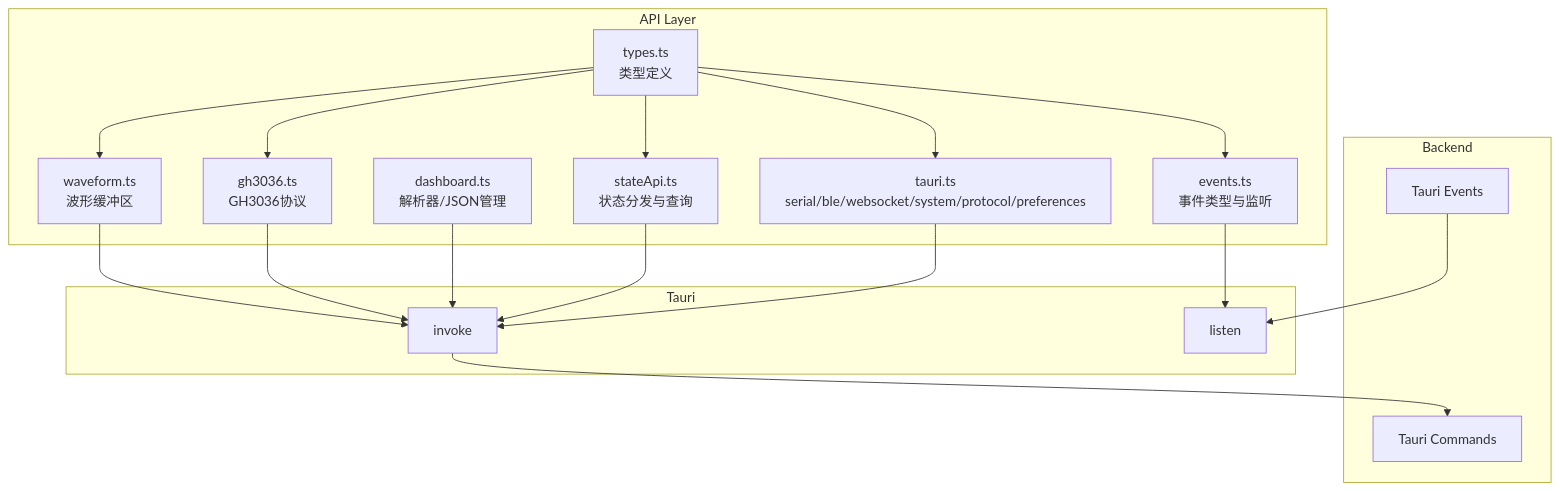
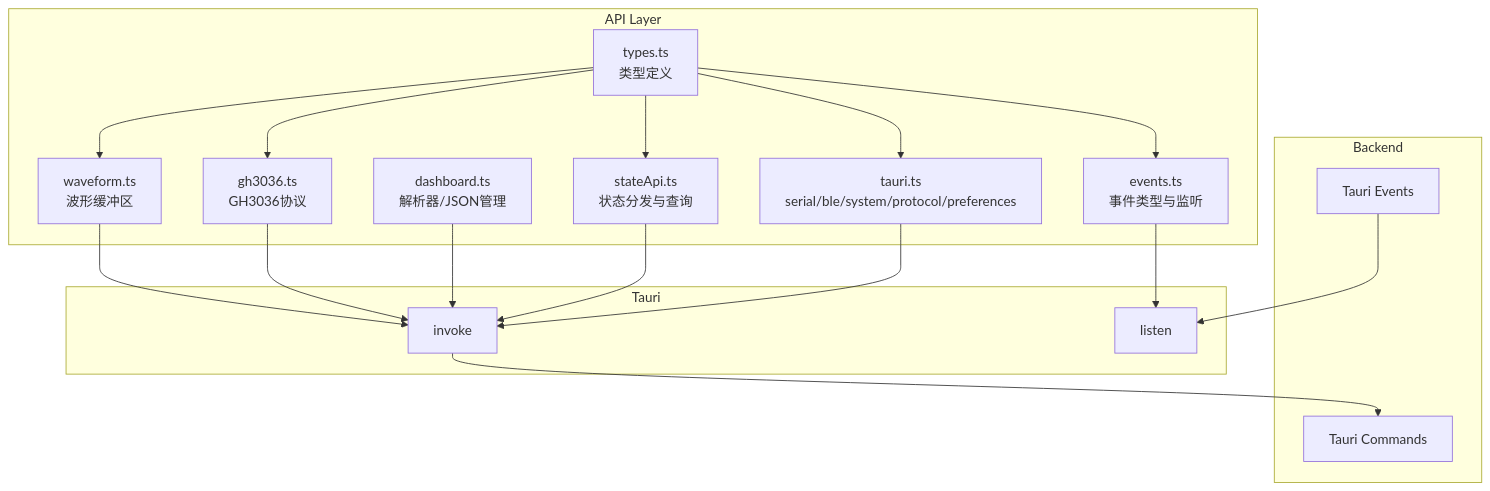
Before and after one commit to XiaoPb/combridge: the diagram in docs/architecture/frontend/api-layer.md, drawn with Mermaid. The commit also changed other lines of this file and 12 other files, not shown here.

````diff
--- a/docs/architecture/frontend/api-layer.md
+++ b/docs/architecture/frontend/api-layer.md
@@ -319,38 +307,38 @@
 ```mermaid
 graph TB
     subgraph API Layer
-        TauriAPI[tauri.ts<br/>serial/ble/websocket/system/protocol/preferences]
+        TauriAPI[tauri.ts<br/>serial/ble/system/protocol/preferences]
         EventsAPI[events.ts<br/>事件类型与监听]
         StateAPI[stateApi.ts<br/>状态分发与查询]
         DashboardAPI[dashboard.ts<br/>解析器/JSON管理]
         Gh3036API[gh3036.ts<br/>GH3036协议]
         WaveformAPI[waveform.ts<br/>波形缓冲区]
         Types[types.ts<br/>类型定义]
     end
 
     subgraph Tauri
         Invoke[invoke]
         Listen[listen]
     end
 
     subgraph Backend
         Commands[Tauri Commands]
         Events[Tauri Events]
     end
 
     TauriAPI --> Invoke
     EventsAPI --> Listen
     StateAPI --> Invoke
     DashboardAPI --> Invoke
     Gh3036API --> Invoke
     WaveformAPI --> Invoke
 
     Invoke --> Commands
     Events --> Listen
 
     Types --> TauriAPI
     Types --> EventsAPI
     Types --> StateAPI
     Types --> Gh3036API
     Types --> WaveformAPI
 ```
````
